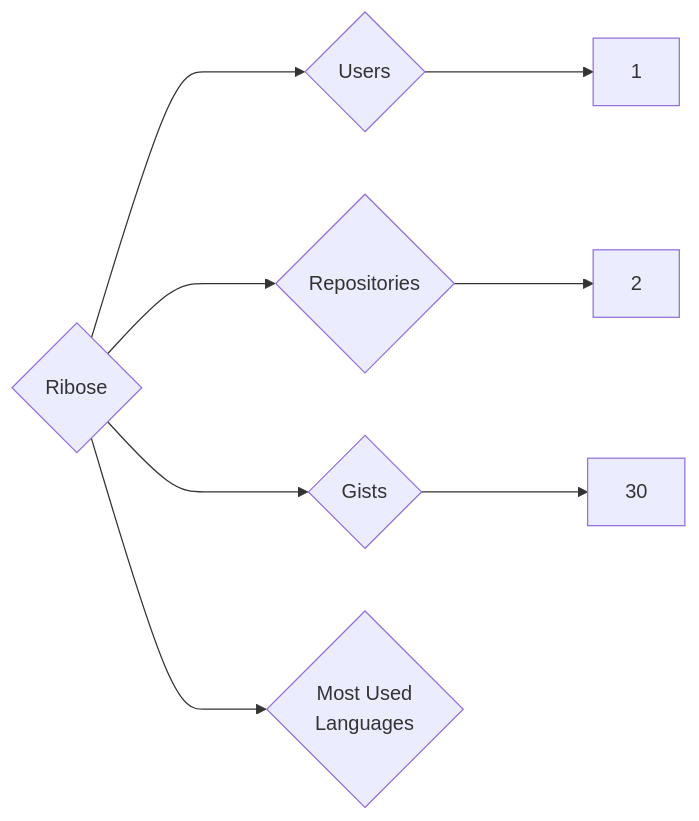
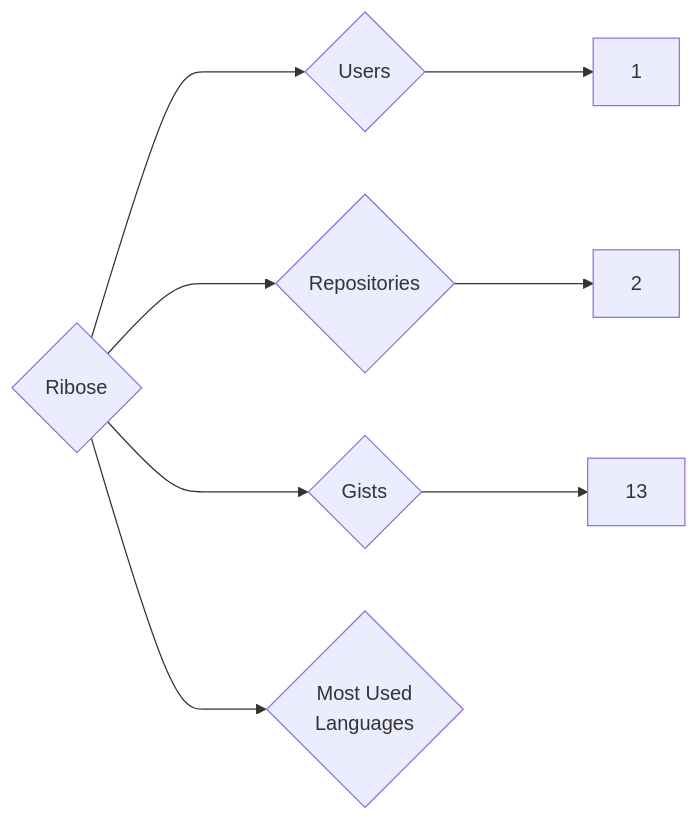
Before and after one commit to trickest/insiders: the diagram in targets/Ribose/README.md, drawn with Mermaid. The commit also changed 898 other files, not shown here.

````diff
--- a/targets/Ribose/README.md
+++ b/targets/Ribose/README.md
@@ -3,8 +3,8 @@
 ```mermaid
 graph LR
 COMPANY_NAME{Ribose}
 COMPANY_NAME ---> U{Users} ---> UN[1]
 COMPANY_NAME ---> R{Repositories} ---> RN[2]
-COMPANY_NAME ---> G{Gists} ---> GN[30]
+COMPANY_NAME ---> G{Gists} ---> GN[13]
 COMPANY_NAME ---> ML{Most Used<br>Languages}
 ```
````
